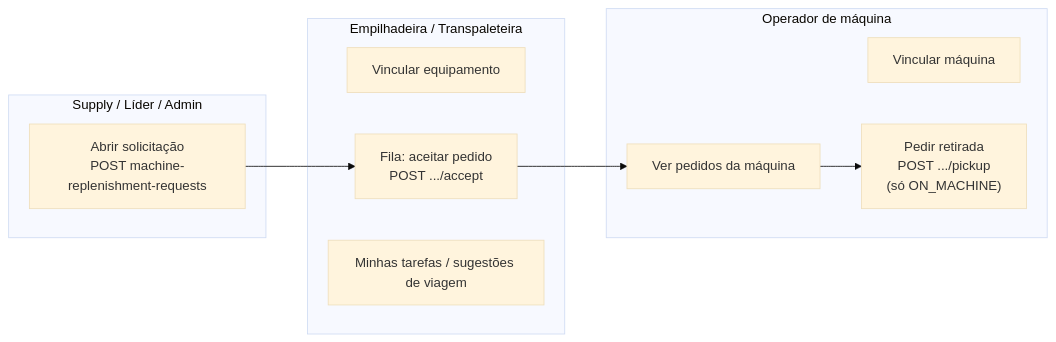
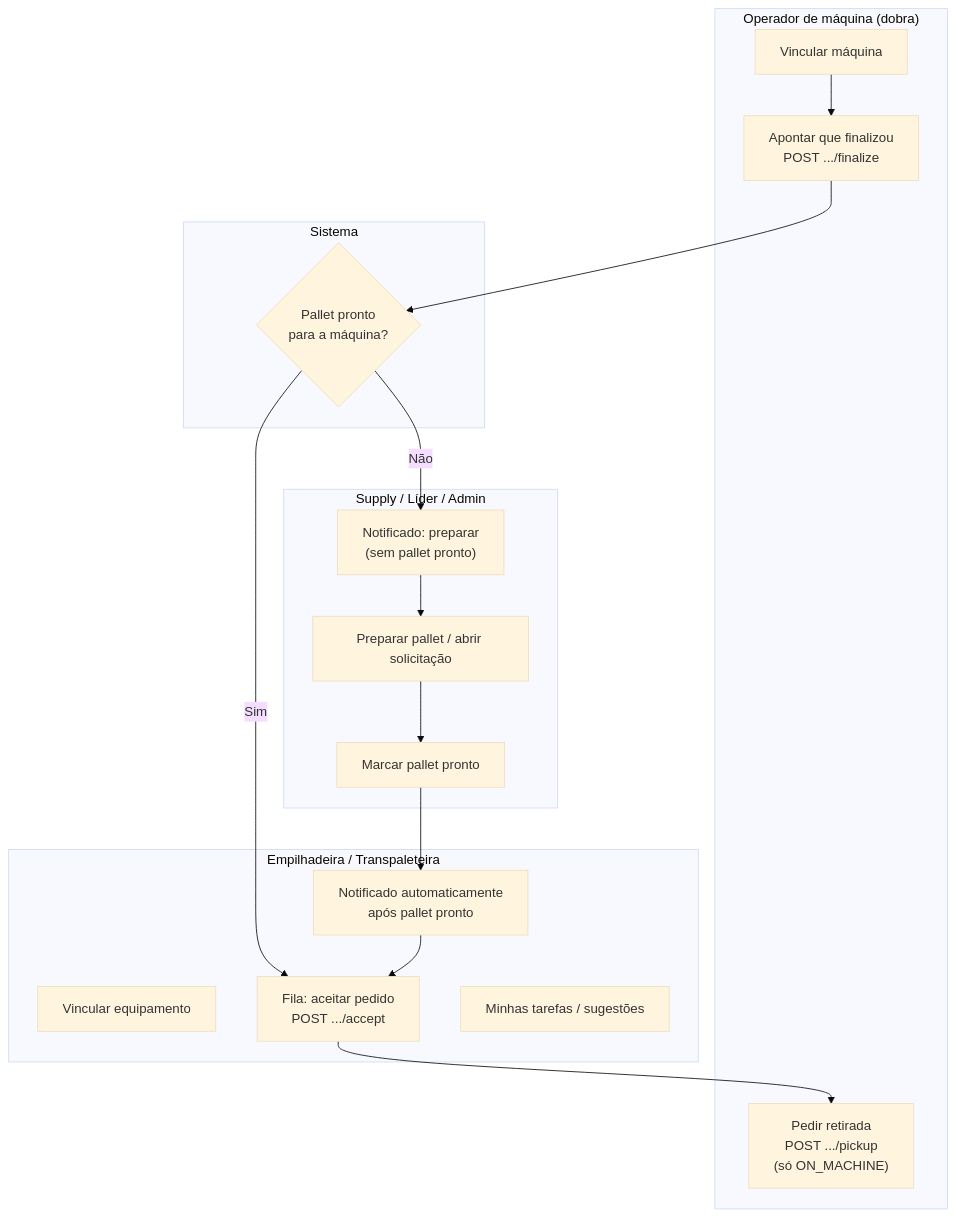
Before and after one commit to Pedertractor/project-forklift-flow: the first of 3 diagrams in back-end/docs/FLUXOS_TELAS_FRONTEND.md, drawn with Mermaid (base theme). The commit also changed other lines of this file and 63 other files, not shown here.

First line of the commit message:
Implement new endpoints for machine replenishment and finalize production cycle

````diff
--- a/back-end/docs/FLUXOS_TELAS_FRONTEND.md
+++ b/back-end/docs/FLUXOS_TELAS_FRONTEND.md
@@ -14,19 +31,31 @@
 ```mermaid
-flowchart LR
+flowchart TD
+  subgraph mach["Operador de máquina (dobra)"]
+    E["Vincular máquina"]
+    F["Apontar que finalizou\nPOST .../finalize"]
+    G["Pedir retirada\nPOST .../pickup\n(só ON_MACHINE)"]
+  end
+  subgraph decision["Sistema"]
+    H{"Pallet pronto\npara a máquina?"}
+  end
   subgraph supply["Supply / Líder / Admin"]
-    A["Abrir solicitação\nPOST machine-replenishment-requests"]
+    A["Preparar pallet / abrir solicitação"]
+    I["Notificado: preparar\n(sem pallet pronto)"]
+    J["Marcar pallet pronto"]
   end
   subgraph mov["Empilhadeira / Transpaleteira"]
     B["Vincular equipamento"]
     C["Fila: aceitar pedido\nPOST .../accept"]
-    D["Minhas tarefas / sugestões de viagem"]
+    D["Minhas tarefas / sugestões"]
+    K["Notificado automaticamente\napós pallet pronto"]
   end
-  subgraph mach["Operador de máquina"]
-    E["Vincular máquina"]
-    F["Ver pedidos da máquina"]
-    G["Pedir retirada\nPOST .../pickup\n(só ON_MACHINE)"]
-  end
-  A --> C
-  C --> F
-  F --> G
+  E --> F
+  F --> H
+  H -->|Sim| C
+  H -->|Não| I
+  I --> A
+  A --> J
+  J --> K
+  K --> C
+  C --> G
 ```
````
